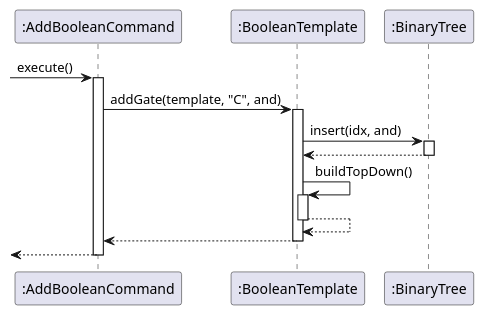
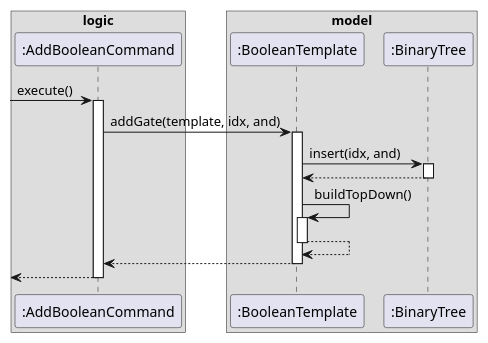
One commit to sevenseasofbri/tp changed the diagram in docs/diagrams/AddBooleanCommand.puml. Above: the diagram before and after it, drawn with PlantUML. The commit also changed 28 other files, not shown here.

Commit message:
Update UML diagram consistency

```diff
--- a/docs/diagrams/AddBooleanCommand.puml
+++ b/docs/diagrams/AddBooleanCommand.puml
@@ -1,25 +1,35 @@
 @startuml
-[-> ":AddBooleanCommand" : execute()
-activate ":AddBooleanCommand"
 
-":AddBooleanCommand" -> ":BooleanTemplate": addGate(template, "C", and)
-activate ":BooleanTemplate"
+box logic
+participant ":AddBooleanCommand" as Add
+end box
 
-":BooleanTemplate" -> ":BinaryTree" : insert(idx, and)
-activate ":BinaryTree"
+box model
+participant ":BooleanTemplate" as Bool
+participant ":BinaryTree" as BT
+end box
 
-":BinaryTree" --> ":BooleanTemplate"
-deactivate ":BinaryTree"
+[-> Add : execute()
+activate Add
 
-":BooleanTemplate" -> ":BooleanTemplate" : buildTopDown()
-activate ":BooleanTemplate"
+Add -> Bool: addGate(template, idx, and)
+activate Bool
 
-":BooleanTemplate" --> ":BooleanTemplate"
-deactivate ":BooleanTemplate"
+Bool -> BT : insert(idx, and)
+activate BT
 
-":BooleanTemplate" --> ":AddBooleanCommand"
-deactivate ":BooleanTemplate"
+BT --> Bool
+deactivate BT
 
-[<-- ":AddBooleanCommand"
-deactivate ":AddBooleanCommand"
+Bool -> Bool : buildTopDown()
+activate Bool
+
+Bool --> Bool
+deactivate Bool
+
+Bool --> Add
+deactivate Bool
+
+[<-- Add
+deactivate Add
 @enduml
```
